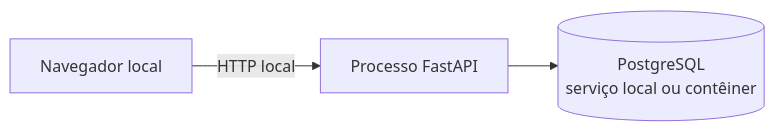
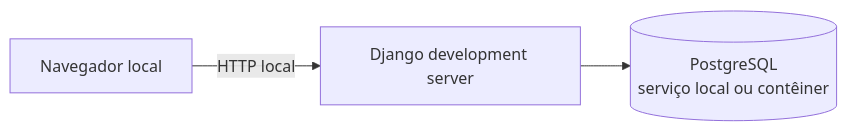
Before and after one commit to walkermooore/chatbot-aginov: the sixth of 8 diagrams in docs/ARQUITETURA.md, drawn with Mermaid. The commit also changed other lines of this file and 5 other files, not shown here.

````diff
--- a/docs/ARQUITETURA.md
+++ b/docs/ARQUITETURA.md
@@ -419,5 +447,5 @@
 ```mermaid
 flowchart LR
-    B[Navegador local] -->|HTTP local| P[Processo FastAPI]
-    P --> Q[(PostgreSQL<br/>serviço local ou contêiner)]
+    B[Navegador local] -->|HTTP local| D[Django development server]
+    D --> Q[(PostgreSQL<br/>serviço local ou contêiner)]
 ```
````
